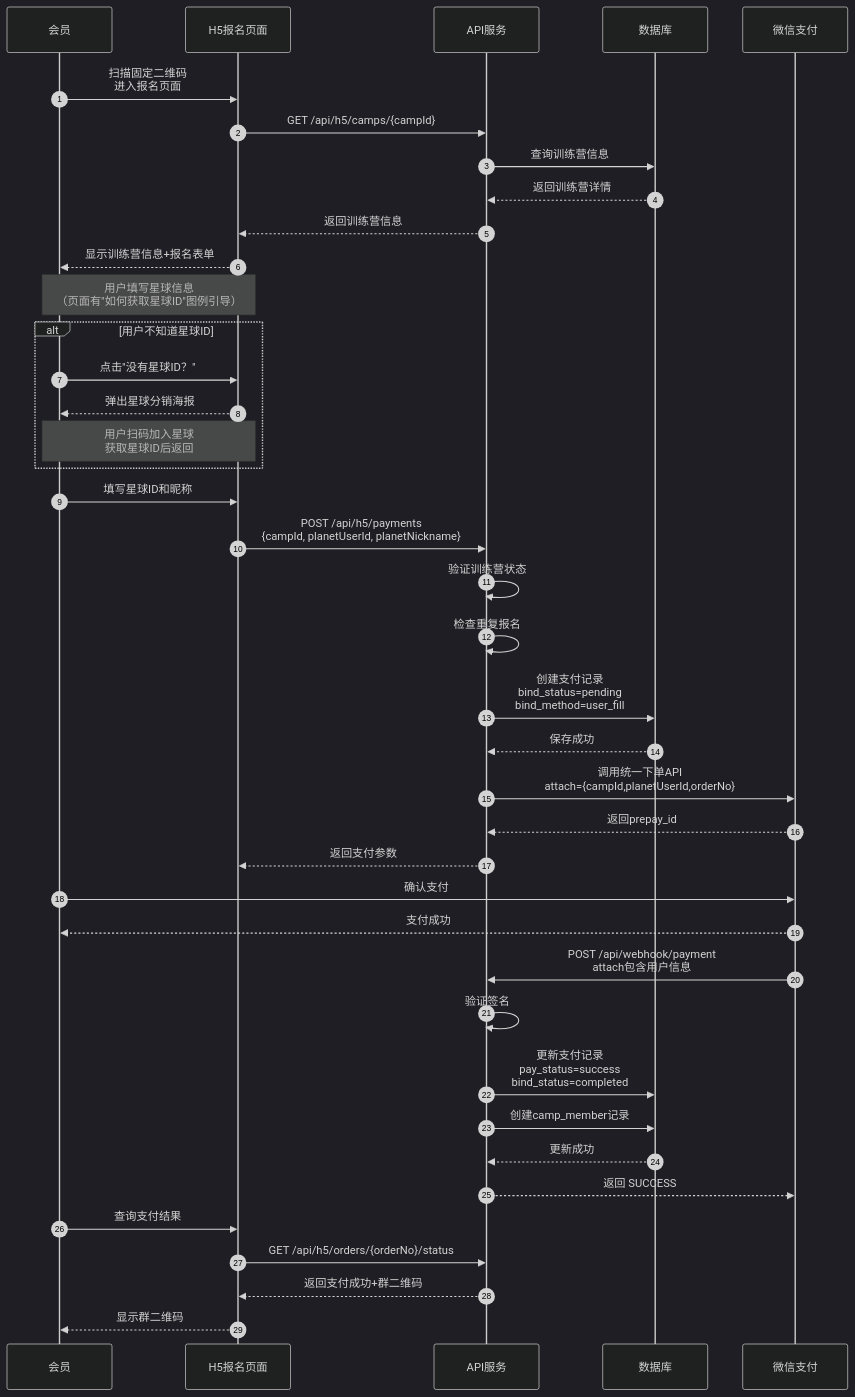
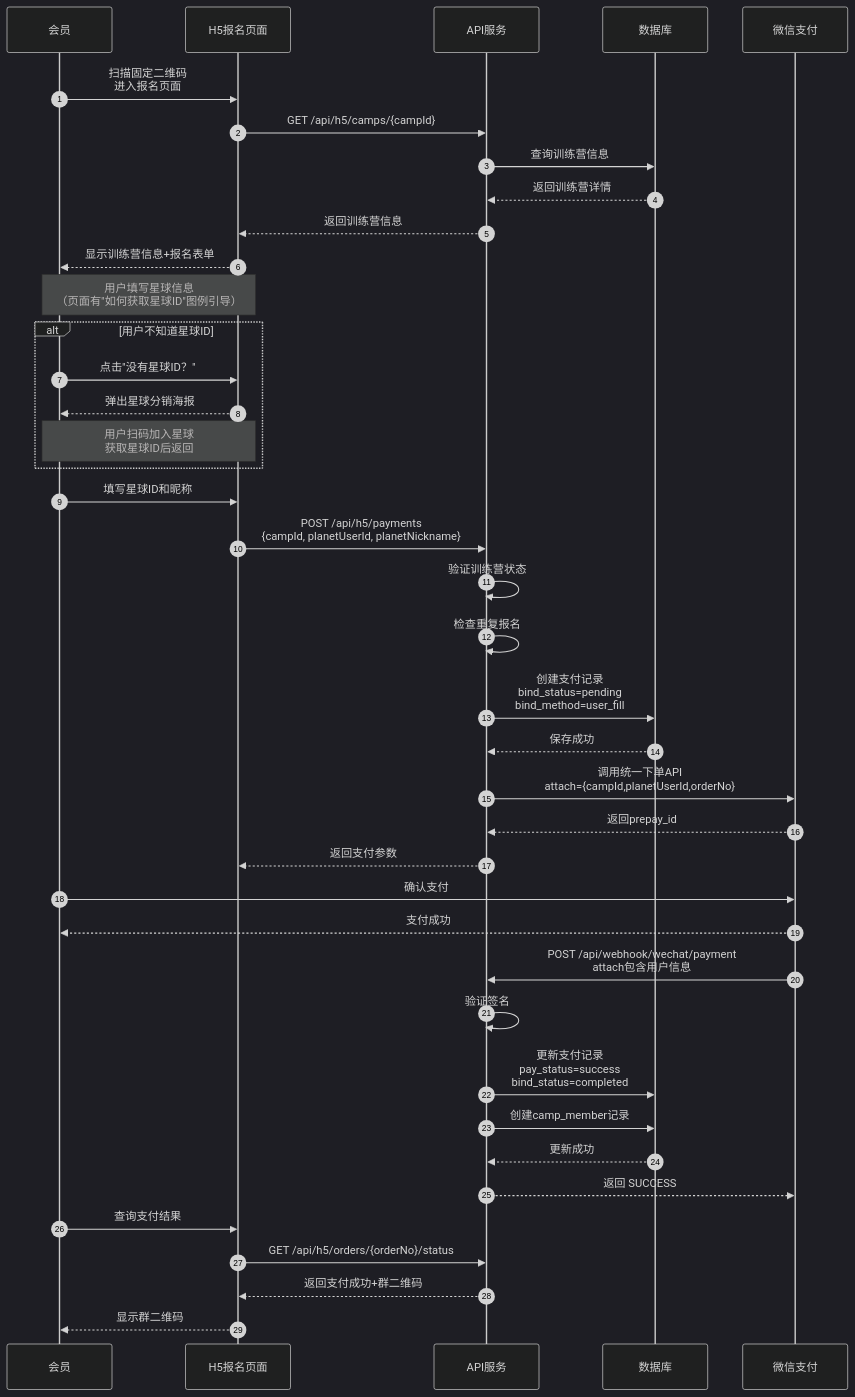
One commit to yiancode/AutoDepositRefundAgent changed the first of 12 diagrams in docs/v1/diagrams/时序图.md. Above: the diagram before and after it, drawn with Mermaid (dark theme). The commit also changed 3 other files, not shown here.

````diff
--- a/docs/v1/diagrams/时序图.md
+++ b/docs/v1/diagrams/时序图.md
@@ -20,49 +20,49 @@
 ```mermaid
 sequenceDiagram
     autonumber
     participant M as 会员
     participant H5 as H5报名页面
     participant API as API服务
     participant DB as 数据库
     participant WX as 微信支付
 
     M->>H5: 扫描固定二维码<br/>进入报名页面
     H5->>API: GET /api/h5/camps/{campId}
     API->>DB: 查询训练营信息
     DB-->>API: 返回训练营详情
     API-->>H5: 返回训练营信息
     H5-->>M: 显示训练营信息+报名表单
 
     Note over M,H5: 用户填写星球信息<br/>（页面有"如何获取星球ID"图例引导）
 
     alt 用户不知道星球ID
         M->>H5: 点击"没有星球ID？"
         H5-->>M: 弹出星球分销海报
         Note over M,H5: 用户扫码加入星球<br/>获取星球ID后返回
     end
 
     M->>H5: 填写星球ID和昵称
     H5->>API: POST /api/h5/payments<br/>{campId, planetUserId, planetNickname}
     API->>API: 验证训练营状态
     API->>API: 检查重复报名
     API->>DB: 创建支付记录<br/>bind_status=pending<br/>bind_method=user_fill
     DB-->>API: 保存成功
     API->>WX: 调用统一下单API<br/>attach={campId,planetUserId,orderNo}
     WX-->>API: 返回prepay_id
     API-->>H5: 返回支付参数
 
     M->>WX: 确认支付
     WX-->>M: 支付成功
 
-    WX->>API: POST /api/webhook/payment<br/>attach包含用户信息
+    WX->>API: POST /api/webhook/wechat/payment<br/>attach包含用户信息
     API->>API: 验证签名
     API->>DB: 更新支付记录<br/>pay_status=success<br/>bind_status=completed
     API->>DB: 创建camp_member记录
     DB-->>API: 更新成功
     API-->>WX: 返回 SUCCESS
 
     M->>H5: 查询支付结果
     H5->>API: GET /api/h5/orders/{orderNo}/status
     API-->>H5: 返回支付成功+群二维码
     H5-->>M: 显示群二维码
 ```
````
